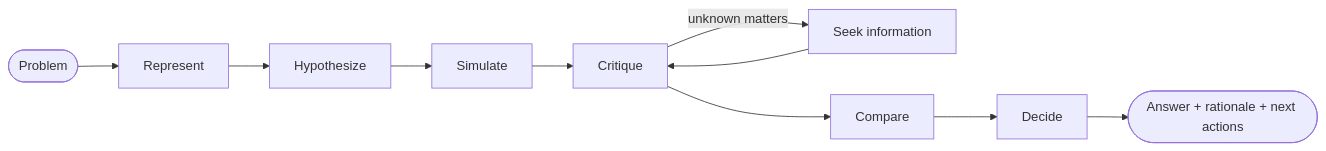
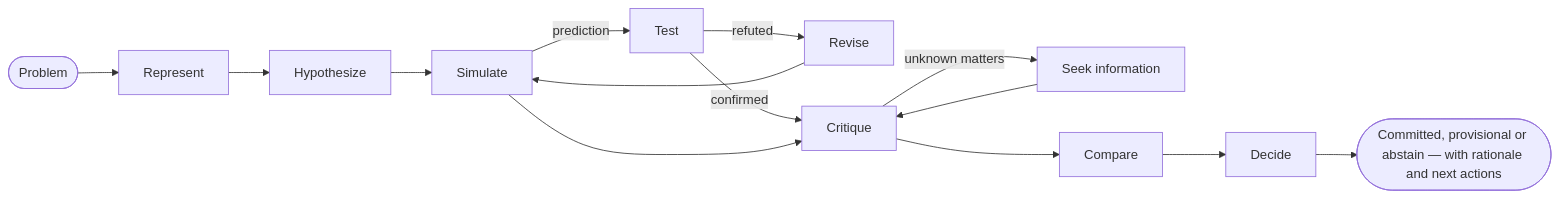
Before and after one commit to nicolashedoire/sdk-ai-agents: the diagram in docs/guide/introduction.md, drawn with Mermaid. The commit also changed other lines of this file and 56 other files, not shown here.

````diff
--- a/docs/guide/introduction.md
+++ b/docs/guide/introduction.md
@@ -32,12 +32,16 @@
 ```mermaid
 flowchart LR
   Q([Problem]) --> R[Represent]
   R --> H[Hypothesize]
   H --> S[Simulate]
+  S -->|prediction| T[Test]
+  T -->|refuted| V[Revise]
+  V --> S
+  T -->|confirmed| C
   S --> C[Critique]
   C -->|unknown matters| I[Seek information]
   I --> C
   C --> P[Compare]
   P --> D[Decide]
-  D --> A([Answer + rationale + next actions])
+  D --> A([Committed, provisional or abstain — with rationale and next actions])
 ```
````
